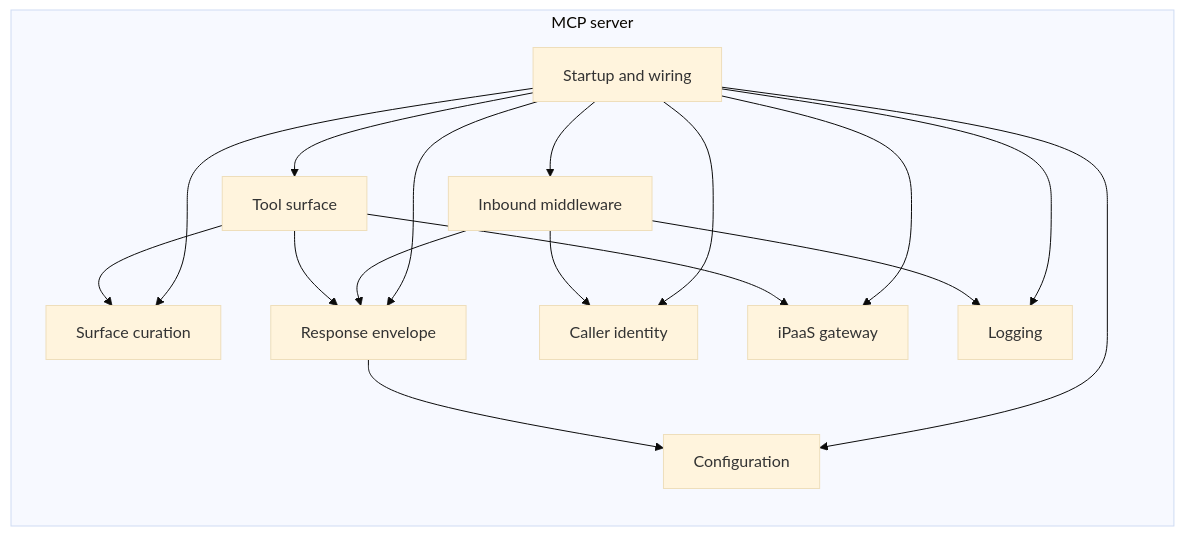
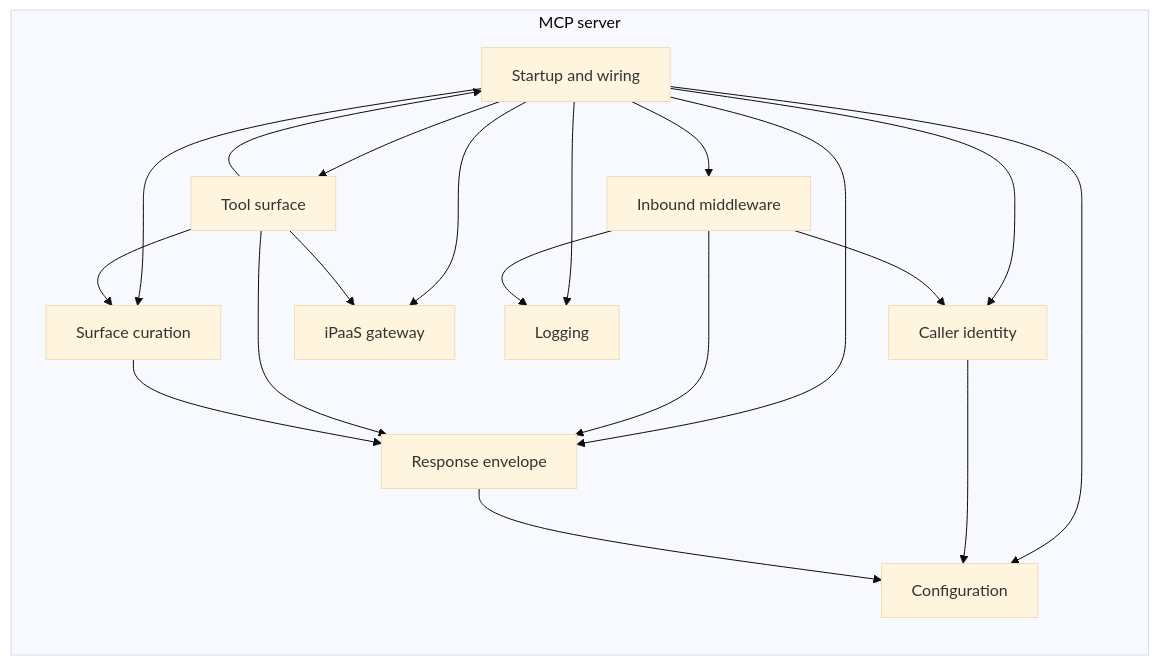
The third of 11 diagrams in docs/contributing/architecture.md (pipefy/ai-toolkit), drawn with Mermaid (base theme) before and after one commit.

Commit message:
docs: draw every block import in the MCP server diagram

````diff
--- a/docs/contributing/architecture.md
+++ b/docs/contributing/architecture.md
@@ -233,31 +233,34 @@
 ```mermaid
 flowchart TB
     subgraph server["MCP server"]
         direction TB
         startup["Startup and wiring"]
         middleware["Inbound middleware"]
         surface["Tool surface"]
         curation["Surface curation"]
         envelope["Response envelope"]
         caller["Caller identity"]
         gateway["iPaaS gateway"]
         logging["Logging"]
         config["Configuration"]
     end
 
     startup --> middleware
     startup --> surface
     startup --> curation
     startup --> envelope
     startup --> caller
     startup --> gateway
     startup --> logging
     startup --> config
     middleware --> caller
     middleware --> envelope
     middleware --> logging
     surface --> curation
     surface --> envelope
     surface --> gateway
+    surface --> startup
+    curation --> envelope
+    caller --> config
     envelope --> config
 ```
````
